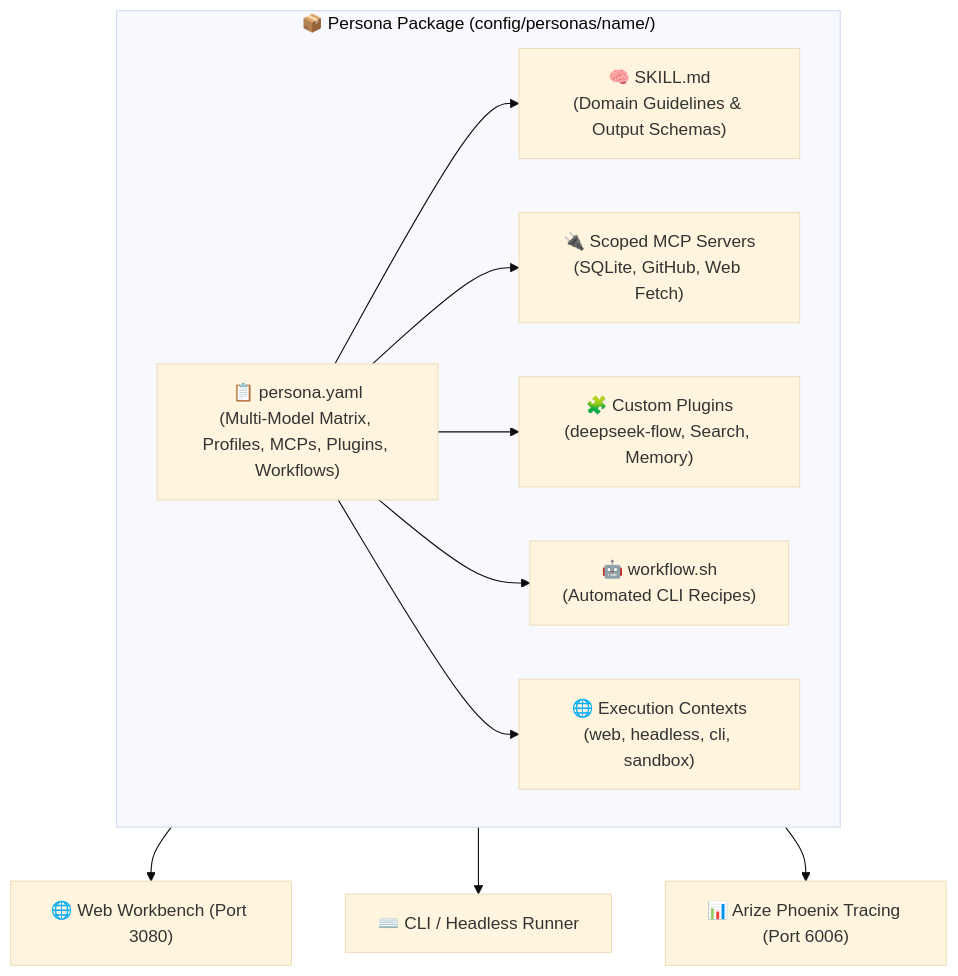
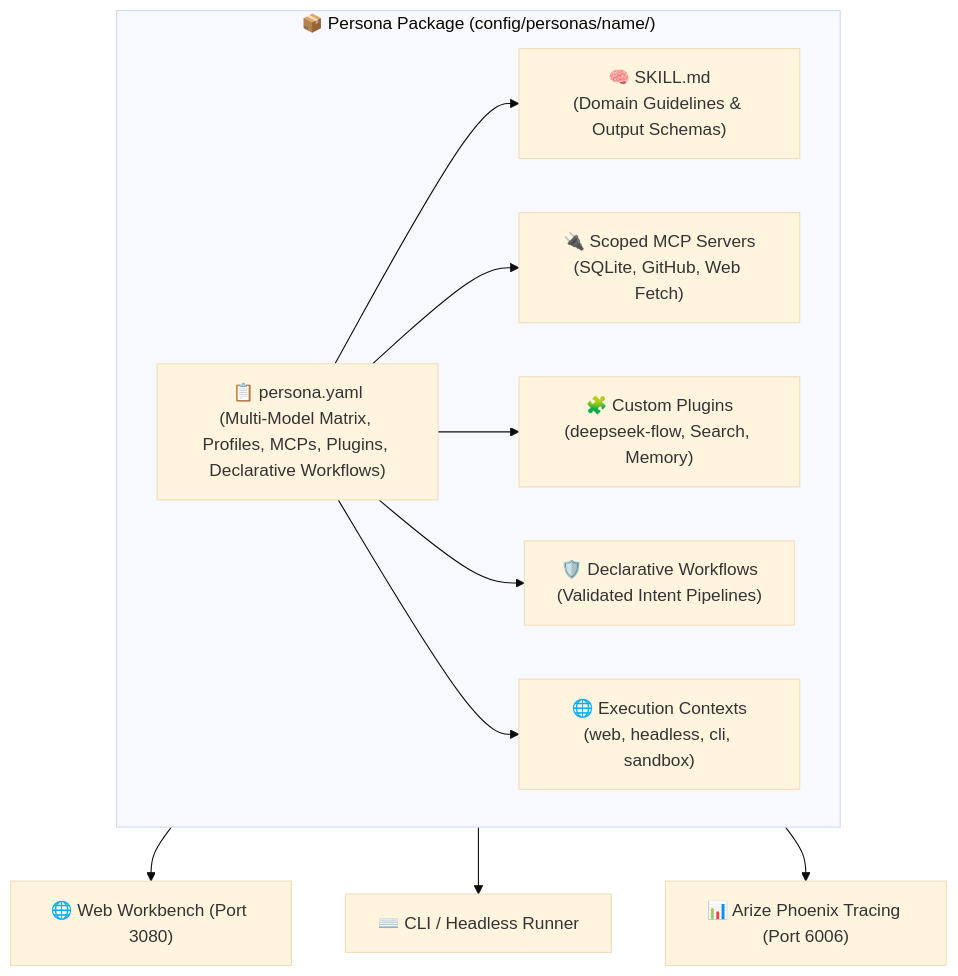
One commit to hdjebar/DSH-DDS changed the first of 5 diagrams in docs/personas.md. Above: the diagram before and after it, drawn with Mermaid (base theme). The commit also changed other lines of this file and 27 other files, not shown here.

Commit message:
feat(security): eradicate workflow.sh, enforce 100% declarative workflow pipelines, and add security invariant test suites

````diff
--- a/docs/personas.md
+++ b/docs/personas.md
@@ -17,21 +17,21 @@
 ```mermaid
 flowchart TD
     subgraph Package ["📦 Persona Package (config/personas/name/)"]
-        MANIFEST["📋 persona.yaml<br/>(Multi-Model Matrix, Profiles, MCPs, Plugins, Workflows)"]
+        MANIFEST["📋 persona.yaml<br/>(Multi-Model Matrix, Profiles, MCPs, Plugins, Declarative Workflows)"]
         SKILL["🧠 SKILL.md<br/>(Domain Guidelines & Output Schemas)"]
-        WORKFLOW["🤖 workflow.sh<br/>(Automated CLI Recipes)"]
+        WORKFLOW["🛡️ Declarative Workflows<br/>(Validated Intent Pipelines)"]
         MCPS["🔌 Scoped MCP Servers<br/>(SQLite, GitHub, Web Fetch)"]
         PLUGS["🧩 Custom Plugins<br/>(deepseek-flow, Search, Memory)"]
         PROFILES["🌐 Execution Contexts<br/>(web, headless, cli, sandbox)"]
     end
 
     MANIFEST --> SKILL
     MANIFEST --> MCPS
     MANIFEST --> PLUGS
     MANIFEST --> WORKFLOW
     MANIFEST --> PROFILES
     
     Package --> WEB["🌐 Web Workbench (Port 3080)"]
     Package --> CLI["⌨️ CLI / Headless Runner"]
     Package --> PHOENIX["📊 Arize Phoenix Tracing (Port 6006)"]
 ```
````
